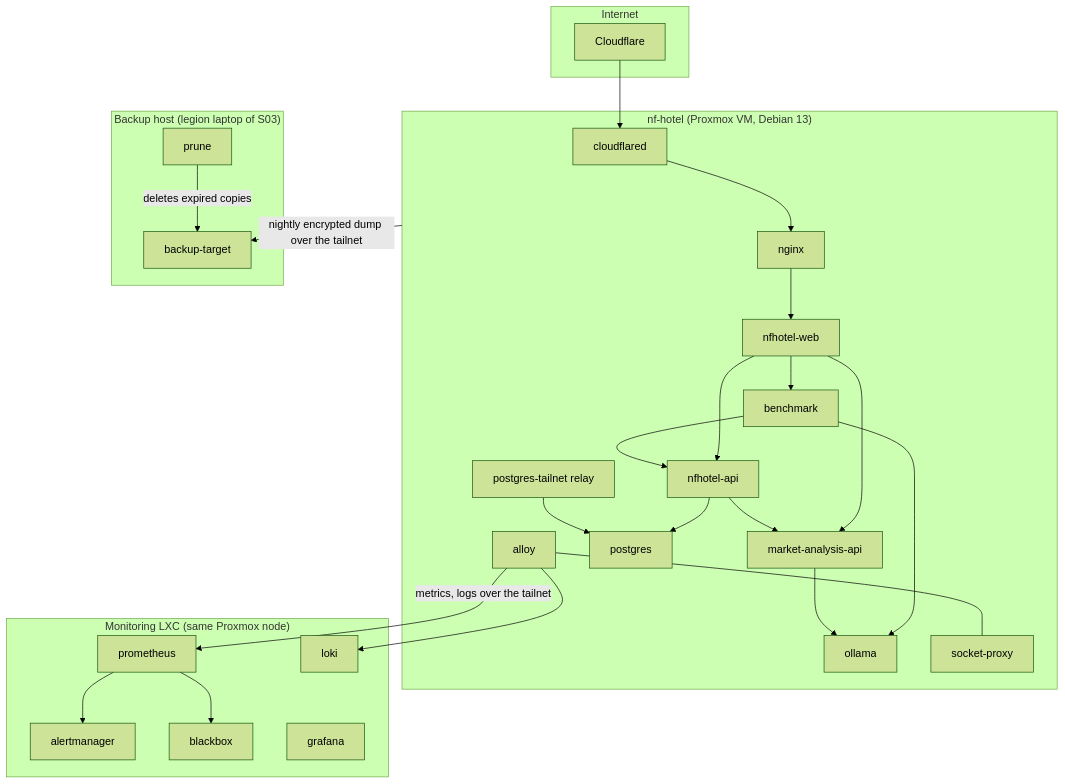
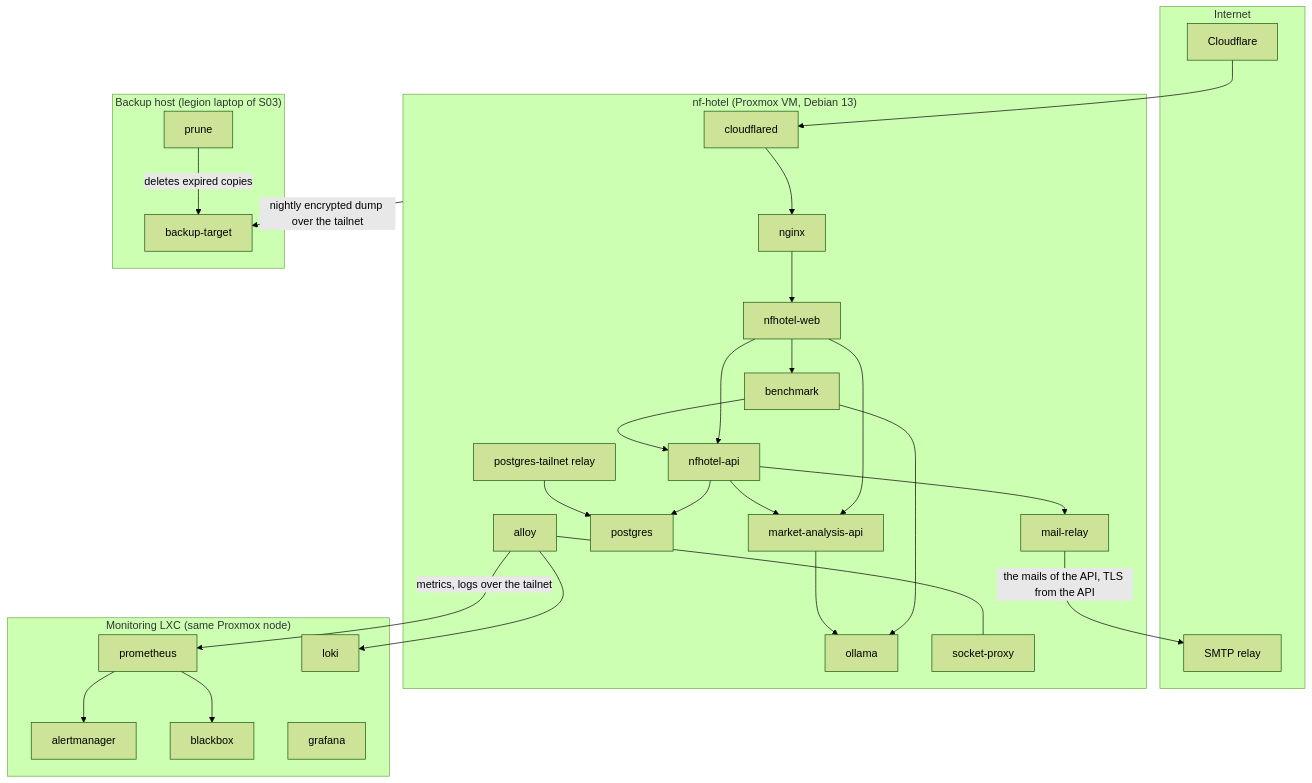
The diagram in docs/wiki/Containers-and-Images.md (NF-Hotel/NFHotel), drawn with Mermaid (forest theme) before and after one commit. The commit also changed other lines of this file and 154 other files, not shown here.

First line of the commit message:
MIL-088 tasks 4 to 7: a booking verified by email, the mail through a relay

````diff
--- a/docs/wiki/Containers-and-Images.md
+++ b/docs/wiki/Containers-and-Images.md
@@ -9,34 +9,37 @@
 ```mermaid
 flowchart TB
   subgraph Internet
     CF[Cloudflare]
+    SMTP[SMTP relay]
   end
   subgraph VM["nf-hotel (Proxmox VM, Debian 13)"]
     cloudflared --> nginx
     nginx --> web[nfhotel-web]
     web --> api[nfhotel-api]
     web --> mapi[market-analysis-api]
     web --> bench[benchmark]
     api --> mapi
     bench --> api
     api --> postgres
     relay[postgres-tailnet relay] --> postgres
     bench --> ollama
     mapi --> ollama
+    api --> mailrelay[mail-relay]
     alloy --- socket[socket-proxy]
   end
   subgraph LXC["Monitoring LXC (same Proxmox node)"]
     prometheus --> alertmanager
     prometheus --> blackbox
     loki
     grafana
   end
   subgraph Laptop["Backup host (legion laptop of S03)"]
     backup[backup-target]
     prune[prune] -->|deletes expired copies| backup
   end
   CF --> cloudflared
+  mailrelay -->|the mails of the API, TLS from the API| SMTP
   alloy -->|metrics, logs over the tailnet| prometheus
   alloy --> loki
   VM -->|nightly encrypted dump over the tailnet| backup
 ```
````
